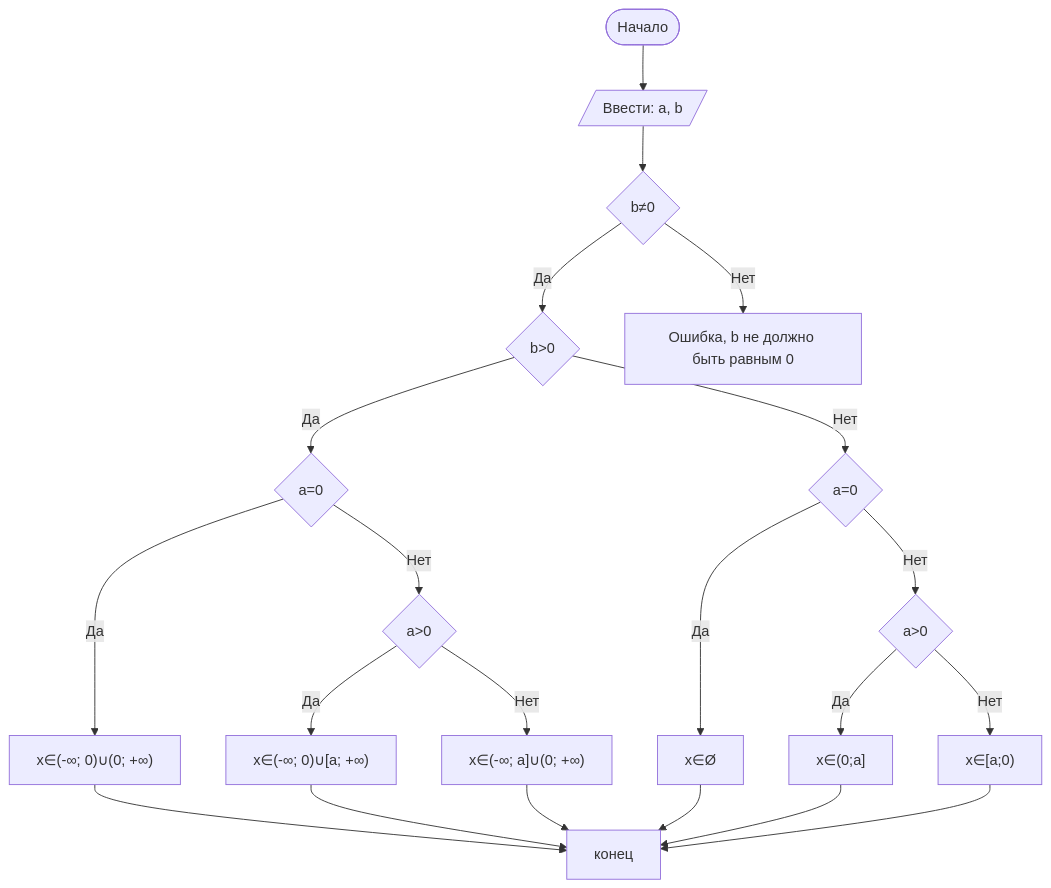
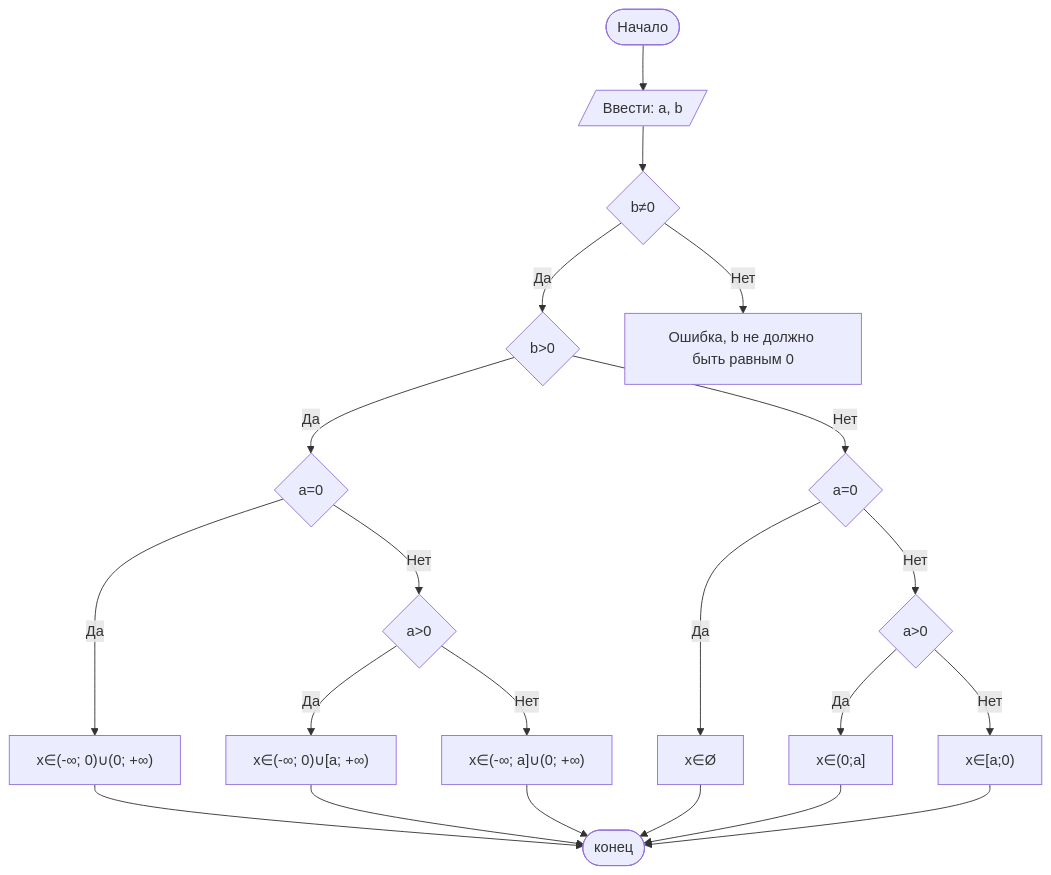
One commit to Elizavetabutko/lab1 changed the diagram in README.md. Above: the diagram before and after it, drawn with Mermaid.

Commit message:
README.md

````diff
--- a/README.md
+++ b/README.md
@@ -78,24 +78,24 @@
 ```mermaid
 graph TD
     A([Начало]) --> B[/Ввести: a, b/]
     B --> C{b≠0}
     C -- Да --> D{b>0}
     C -- Нет --> E[Ошибка, b не должно быть равным 0]
     D -- Да --> F{a=0}
     D -- Нет --> G{a=0}
     F -- Да --> H["x∈(-∞; 0)∪(0; +∞)"]
     F -- Нет --> I{a>0}
     I -- Да --> L["x∈(-∞; 0)∪[a; +∞)"]
     I -- Нет --> M["x∈(-∞; a]∪(0; +∞)"]
     G -- Да --> J["x∈Ø"]
     G -- Нет --> K{a>0}
     K -- Да --> N["x∈(0;a]"]
     K -- Нет --> O["x∈[a;0)"]
-    L --> Z[конец]
-    M --> Z[конец]
-    N --> Z[конец]
-    O --> Z[конец]
-    H --> Z[конец]
-    J --> Z[конец]
+    L --> Z([конец])
+    M --> Z([конец])
+    N --> Z([конец])
+    O --> Z([конец])
+    H --> Z([конец])
+    J --> Z([конец])
 
 ```
````
